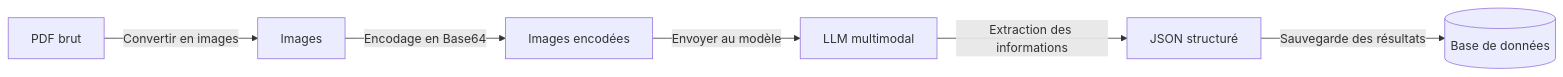
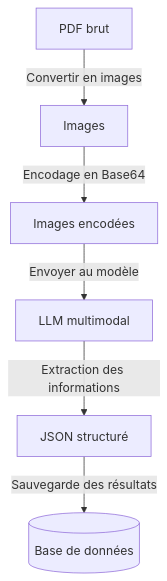
One commit to sawallesalfo/blog changed the first of 2 diagrams in docs/posts/llm_extraction_information_document.md. Above: the diagram before and after it, drawn with Mermaid. The commit also changed other lines of this file, not shown here.

````diff
--- a/docs/posts/llm_extraction_information_document.md
+++ b/docs/posts/llm_extraction_information_document.md
@@ -43,8 +43,8 @@
 ```mermaid  
-graph LR;  
+graph TB;  
     A["PDF brut"] -->|Convertir en images| B[Images]  
     B -->|Encodage en Base64| C[Images encodées]  
     C -->|Envoyer au modèle| D[LLM multimodal]  
     D -->|Extraction des informations| E[JSON structuré]  
     E -->|Sauvegarde des résultats| F[(Base de données)]  
 ```
````
